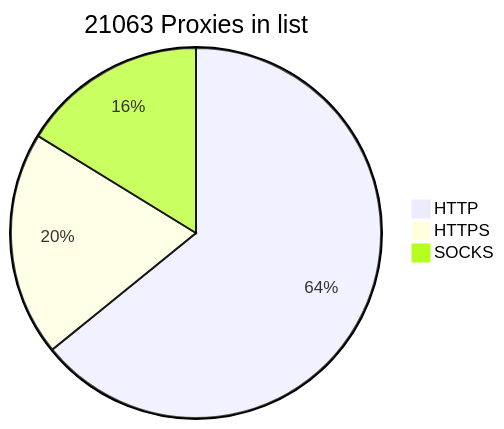
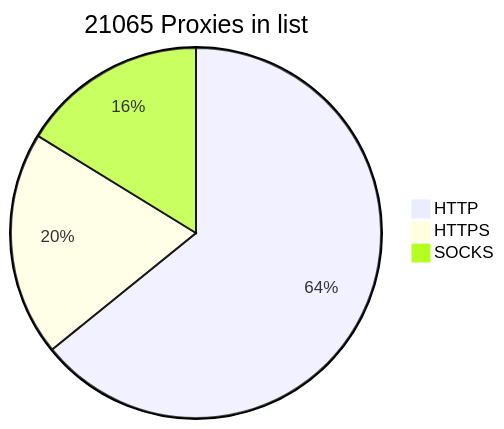
The diagram in README.md (BlackSnowDot/proxylist-update-every-minute), drawn with Mermaid before and after one commit.

````diff
--- a/README.md
+++ b/README.md
@@ -2,6 +2,6 @@
 ```mermaid
-pie title 21063 Proxies in list
-    "HTTP" : 15304
-    "HTTPS": 4681
+pie title 21065 Proxies in list
+    "HTTP" : 15311
+    "HTTPS": 4678
     "SOCKS" : 3872
 ```
````
